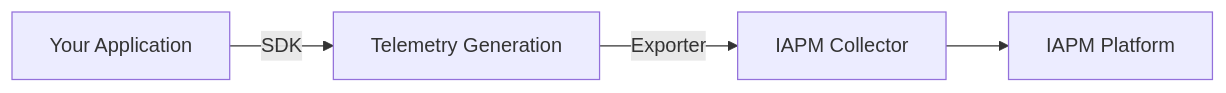
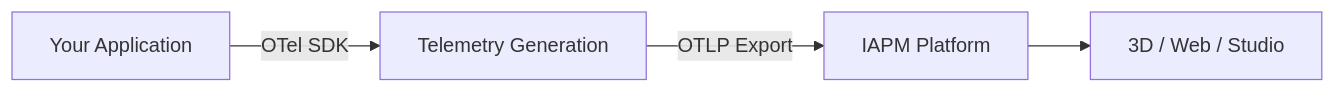
One commit to ImmersiveFusion/if-apm-documentation-http changed the diagram in docs/Resources/Terms-and-Concepts/Instrumentation/index.md. Above: the diagram before and after it, drawn with Mermaid. The commit also changed other lines of this file and 63 other files, not shown here.

````diff
--- a/docs/Resources/Terms-and-Concepts/Instrumentation/index.md
+++ b/docs/Resources/Terms-and-Concepts/Instrumentation/index.md
@@ -9,6 +10,6 @@
 ```mermaid
 graph LR
-    A[Your Application] -->|SDK| B[Telemetry Generation]
-    B -->|Exporter| C[IAPM Collector]
-    C --> D[IAPM Platform]
+    A[Your Application] -->|OTel SDK| B[Telemetry Generation]
+    B -->|OTLP Export| C[IAPM Platform]
+    C --> D[3D / Web / Studio]
 ```
````
